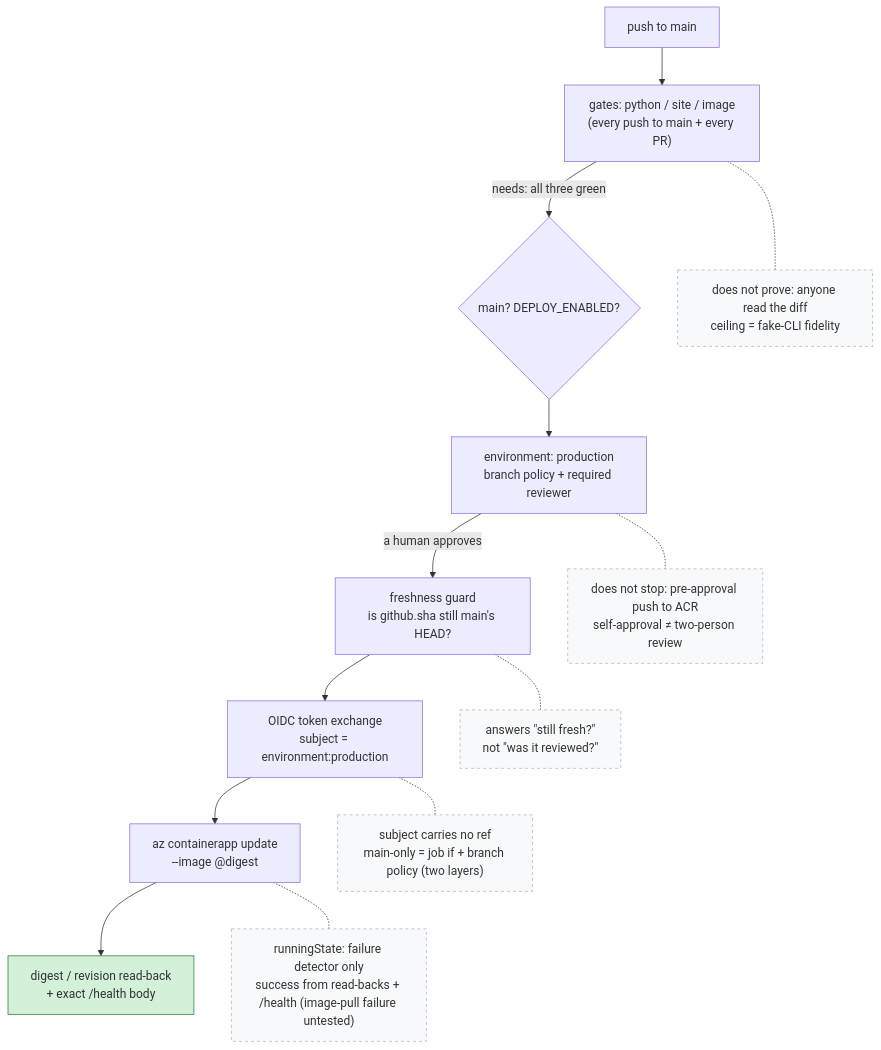
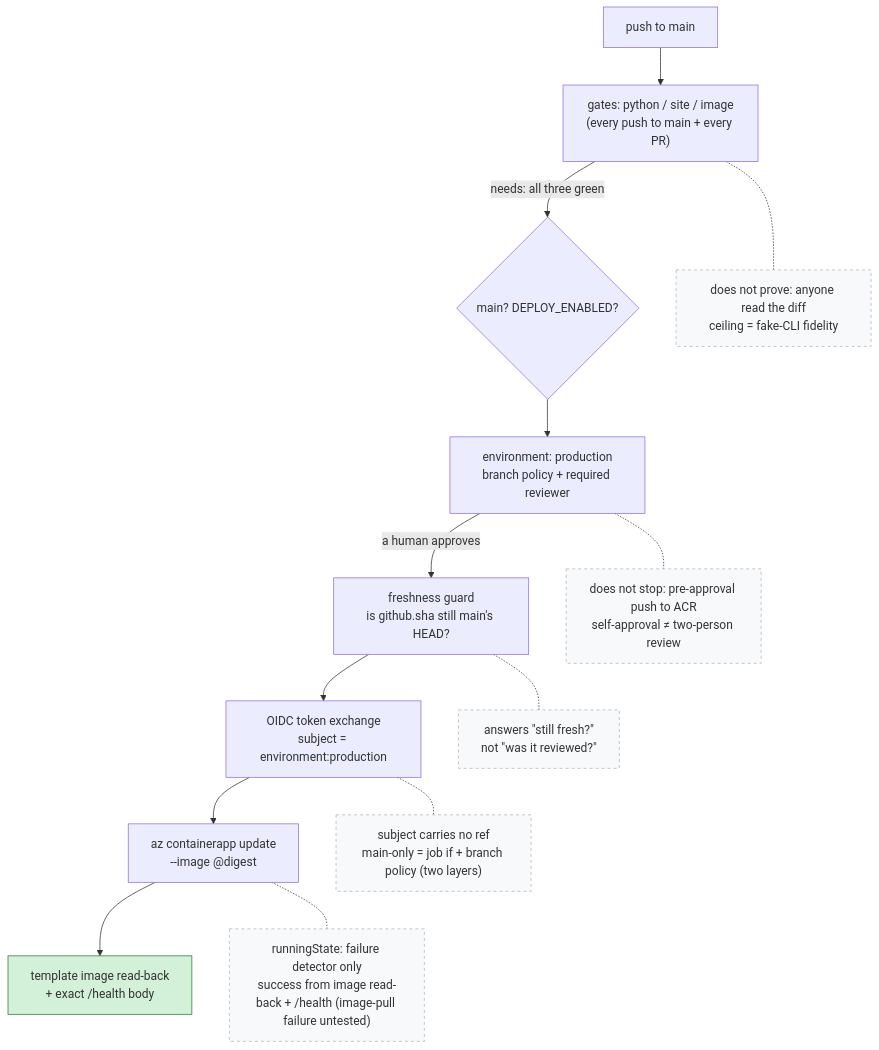
The diagram in docs/diagrams/cicd-defense-boundaries.md (kehao-playground/azure-genai-backend-lab), drawn with Mermaid before and after one commit. The commit also changed other lines of this file and 4 other files, not shown here.

````diff
--- a/docs/diagrams/cicd-defense-boundaries.md
+++ b/docs/diagrams/cicd-defense-boundaries.md
@@ -26,23 +26,23 @@
 ```mermaid
 flowchart TD
     P["push to main"] --> G["gates: python / site / image<br/>(every push to main + every PR)"]
     G -->|"needs: all three green"| Q{"main? DEPLOY_ENABLED?"}
     Q --> E["environment: production<br/>branch policy + required reviewer"]
     E -->|"a human approves"| F["freshness guard<br/>is github.sha still main's HEAD?"]
     F --> O["OIDC token exchange<br/>subject = environment:production"]
     O --> D["az containerapp update<br/>--image @digest"]
-    D --> H["digest / revision read-back<br/>+ exact /health body"]
+    D --> H["template image read-back<br/>+ exact /health body"]
 
     G -.- gN["does not prove: anyone read the diff<br/>ceiling = fake-CLI fidelity"]
     E -.- eN["does not stop: pre-approval push to ACR<br/>self-approval &ne; two-person review"]
     F -.- fN["answers &quot;still fresh?&quot;<br/>not &quot;was it reviewed?&quot;"]
     O -.- oN["subject carries no ref<br/>main-only = job if + branch policy (two layers)"]
-    D -.- dN["runningState: failure detector only<br/>success from read-backs + /health (image-pull failure untested)"]
+    D -.- dN["runningState: failure detector only<br/>success from image read-back + /health (image-pull failure untested)"]
 
     style H fill:#d3f0d8,stroke:#2e7d32
     style gN fill:#f8f9fa,stroke:#adb5bd,stroke-dasharray:4
     style eN fill:#f8f9fa,stroke:#adb5bd,stroke-dasharray:4
     style fN fill:#f8f9fa,stroke:#adb5bd,stroke-dasharray:4
     style oN fill:#f8f9fa,stroke:#adb5bd,stroke-dasharray:4
     style dN fill:#f8f9fa,stroke:#adb5bd,stroke-dasharray:4
 ```
````
